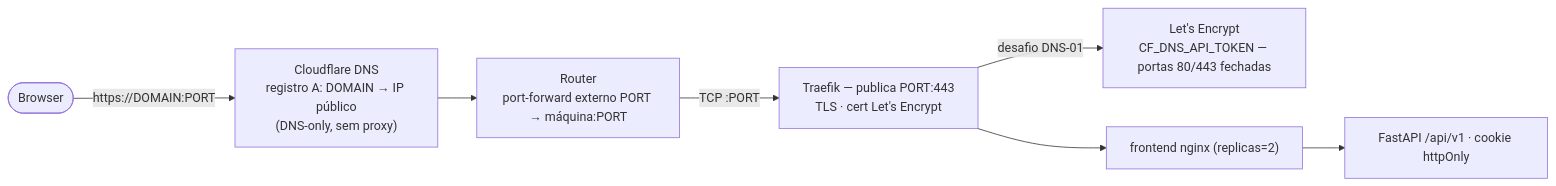
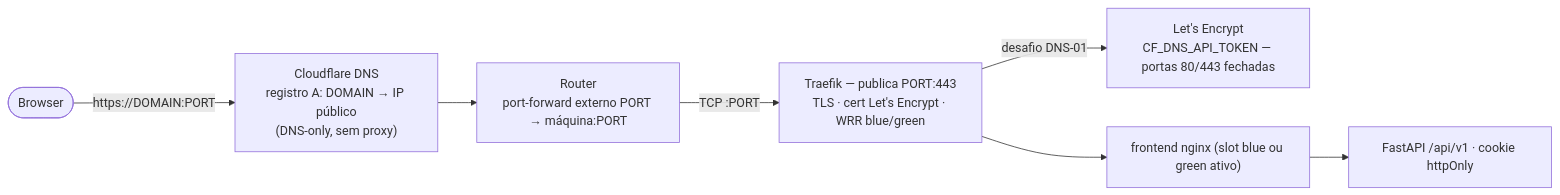
One commit to ofcoliva/login-frontend changed the second of 5 diagrams in README.md. Above: the diagram before and after it, drawn with Mermaid. The commit also changed other lines of this file and 15 other files, not shown here.

First line of the commit message:
feat(deploy): reestrutura stack para deploy/ com blue/green (compose, scripts, traefik dynamic)

````diff
--- a/README.md
+++ b/README.md
@@ -65,9 +63,9 @@
 ```mermaid
 flowchart LR
     U([Browser]) -->|"https://DOMAIN:PORT"| D["Cloudflare DNS<br/>registro A: DOMAIN → IP público<br/>(DNS-only, sem proxy)"]
     D --> RT["Router<br/>port-forward externo PORT → máquina:PORT"]
-    RT -->|"TCP :PORT"| TR["Traefik — publica PORT:443<br/>TLS · cert Let's Encrypt"]
+    RT -->|"TCP :PORT"| TR["Traefik — publica PORT:443<br/>TLS · cert Let's Encrypt · WRR blue/green"]
     TR -->|"desafio DNS-01"| LE["Let's Encrypt<br/>CF_DNS_API_TOKEN — portas 80/443 fechadas"]
-    TR --> FE["frontend nginx (replicas=2)"]
+    TR --> FE["frontend nginx (slot blue ou green ativo)"]
     FE --> API["FastAPI /api/v1 · cookie httpOnly"]
 ```
````
